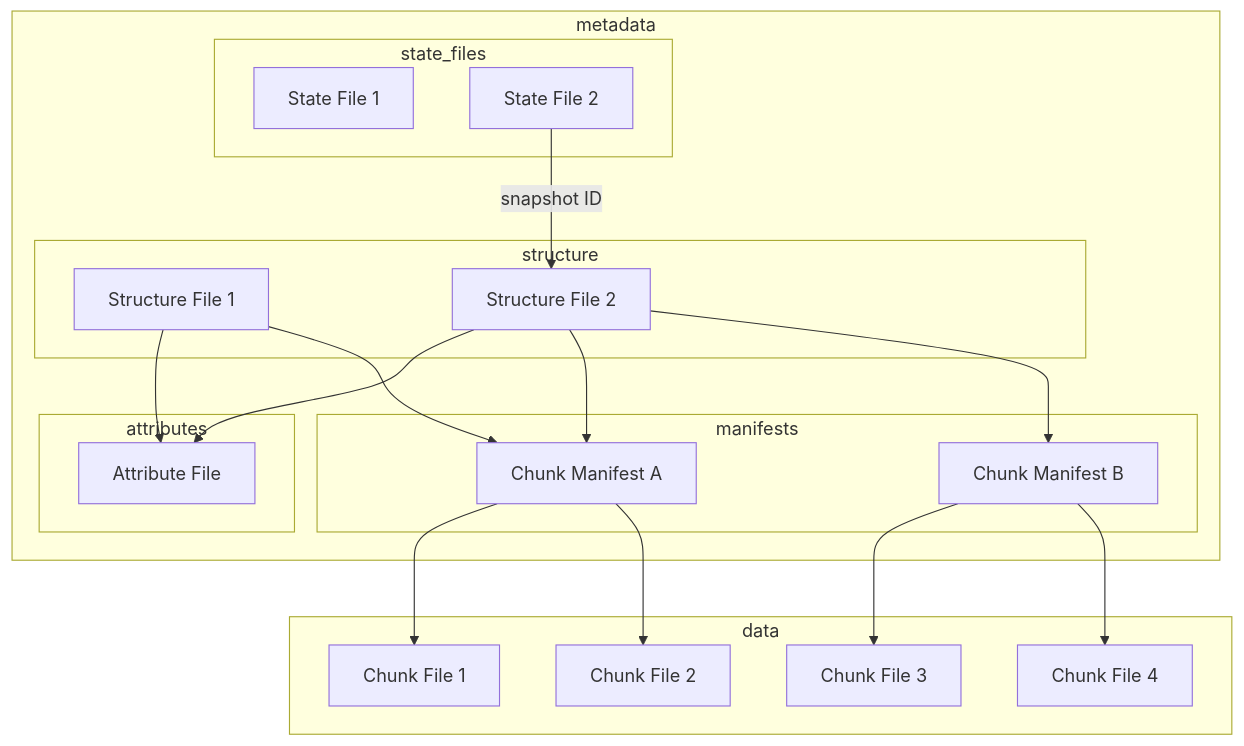
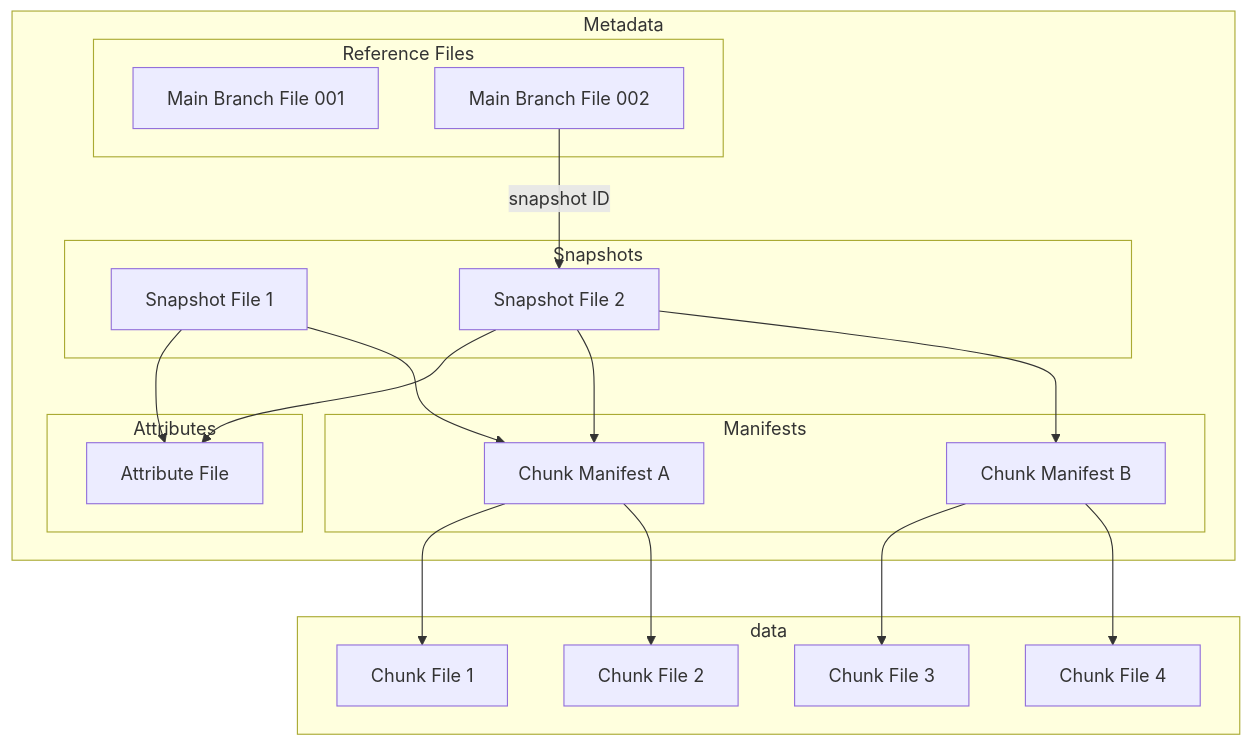
One commit to earth-mover/icechunk changed the diagram in spec/icechunk_spec.md. Above: the diagram before and after it, drawn with Mermaid. The commit also changed other lines of this file, not shown here.

````diff
--- a/spec/icechunk_spec.md
+++ b/spec/icechunk_spec.md
@@ -67,38 +70,38 @@
 ```mermaid
 flowchart TD
-    subgraph metadata
-    subgraph state_files
-    old_state[State File 1]
-    state[State File 2]
+    subgraph metadata[Metadata]
+    subgraph reference_files[Reference Files]
+    old_branch[Main Branch File 001]
+    branch[Main Branch File 002]
     end
-    subgraph structure
-    structure1[Structure File 1]
-    structure2[Structure File 2]
+    subgraph snapshots[Snapshots]
+    snapshot1[Snapshot File 1]
+    snapshot2[Snapshot File 2]
     end
-    subgraph attributes
+    subgraph attributes[Attributes]
     attrs[Attribute File]
     end
-    subgraph manifests
+    subgraph manifests[Manifests]
     manifestA[Chunk Manifest A]
     manifestB[Chunk Manifest B]
     end
     end
     subgraph data
     chunk1[Chunk File 1]
     chunk2[Chunk File 2]
     chunk3[Chunk File 3]
     chunk4[Chunk File 4]
     end
     
-    state -- snapshot ID --> structure2
-    structure1 --> attrs
-    structure1 --> manifestA
-    structure2 --> attrs
-    structure2 -->manifestA
-    structure2 -->manifestB
+    branch -- snapshot ID --> snapshot2
+    snapshot1 --> attrs
+    snapshot1 --> manifestA
+    snapshot2 --> attrs
+    snapshot2 -->manifestA
+    snapshot2 -->manifestB
     manifestA --> chunk1
     manifestA --> chunk2
     manifestB --> chunk3
     manifestB --> chunk4
     
 ```
````
